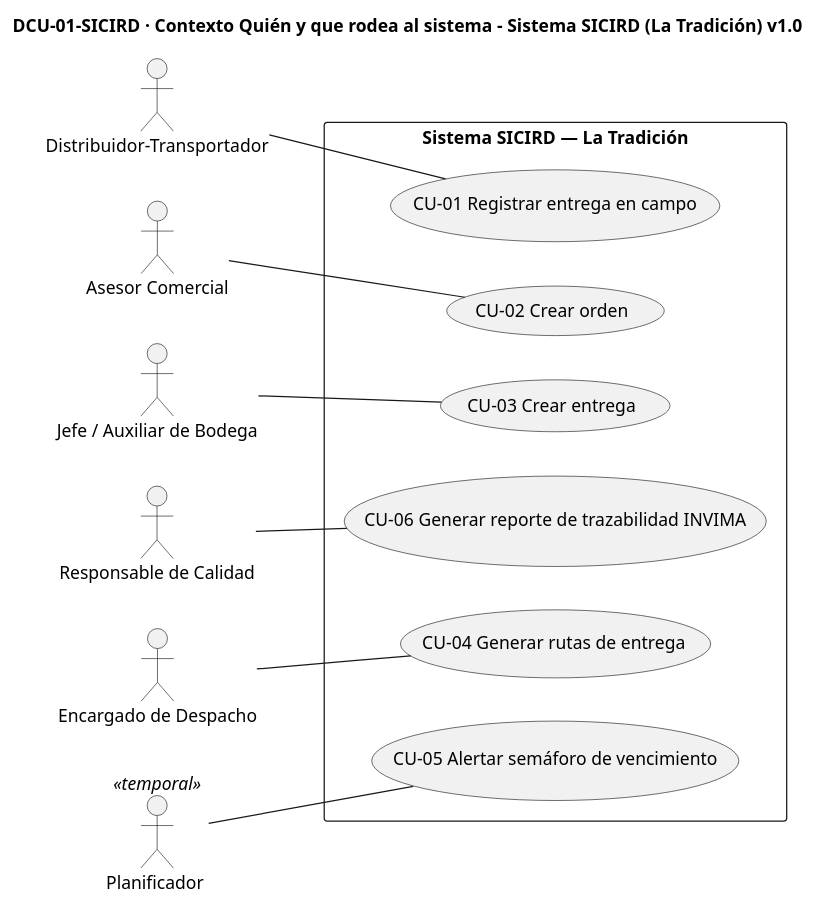
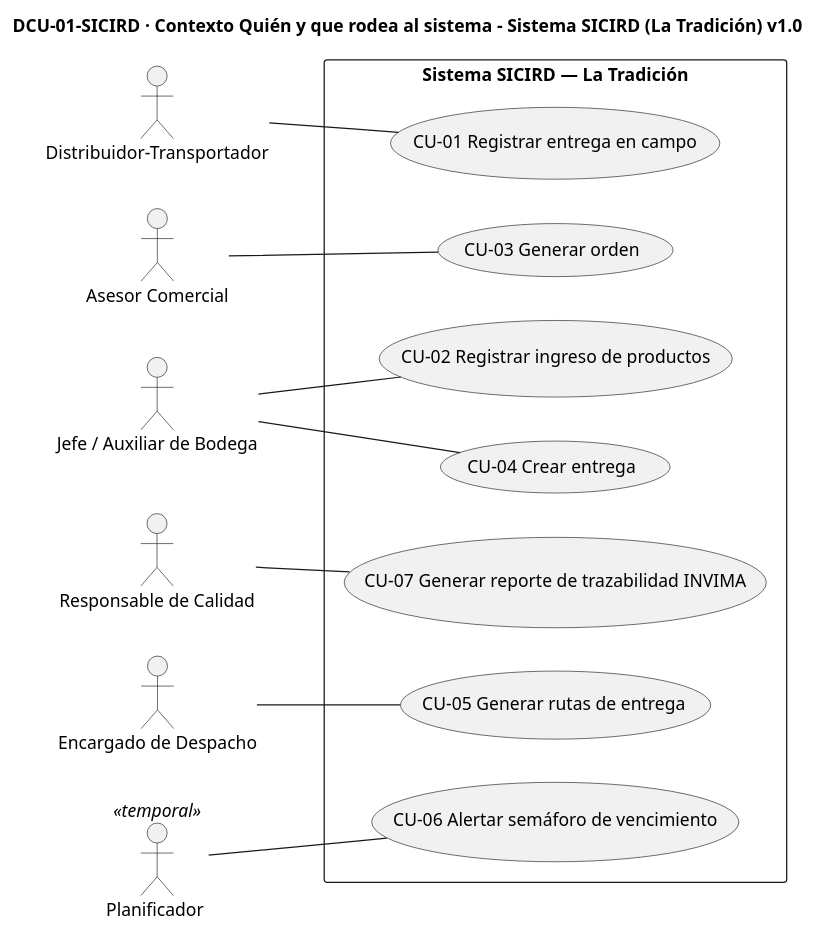
The diagram in DCU-SICIRD.puml (Kriner2005/2026-2-IReq-Grupo03), drawn with PlantUML before and after one commit. The commit also changed 3 other files, not shown here.

```diff
--- a/DCU-SICIRD.puml
+++ b/DCU-SICIRD.puml
@@ -1,31 +1,33 @@
 @startuml DCU-01-SICIRD
 title DCU-01-SICIRD · Contexto Quién y que rodea al sistema - Sistema SICIRD (La Tradición) v1.0
 left to right direction
 
 actor "Distribuidor-Transportador" as CON
 actor "Asesor Comercial" as COM
 actor "Jefe / Auxiliar de Bodega" as BOD 
 actor "Responsable de Calidad" as CAL
 actor "Encargado de Despacho" as DES
 actor "Planificador " as TIME <<temporal>>
 
 
 rectangle "Sistema SICIRD — La Tradición" {
   usecase "CU-01 Registrar entrega en campo" as CU01
-  usecase "CU-02 Crear orden" as CU02
-  usecase "CU-03 Crear entrega" as CU03
-  usecase "CU-04 Generar rutas de entrega" as CU04
-  usecase "CU-05 Alertar semáforo de vencimiento" as CU05
-  usecase "CU-06 Generar reporte de trazabilidad INVIMA" as CU06
+  usecase "CU-02 Registrar ingreso de productos" as CU02
+  usecase "CU-03 Generar orden" as CU03
+  usecase "CU-04 Crear entrega" as CU04
+  usecase "CU-05 Generar rutas de entrega" as CU05
+  usecase "CU-06 Alertar semáforo de vencimiento" as CU06  
+  usecase "CU-07 Generar reporte de trazabilidad INVIMA" as CU07
   }
 
 CON -- CU01
-COM -- CU02
-BOD -- CU03
-CAL -- CU06
-DES -- CU04
-TIME -- CU05
+BOD -- CU02
+COM -- CU03
+BOD -- CU04
+DES -- CU05
+TIME -- CU06
+CAL -- CU07
 
 
 
 @enduml
```
